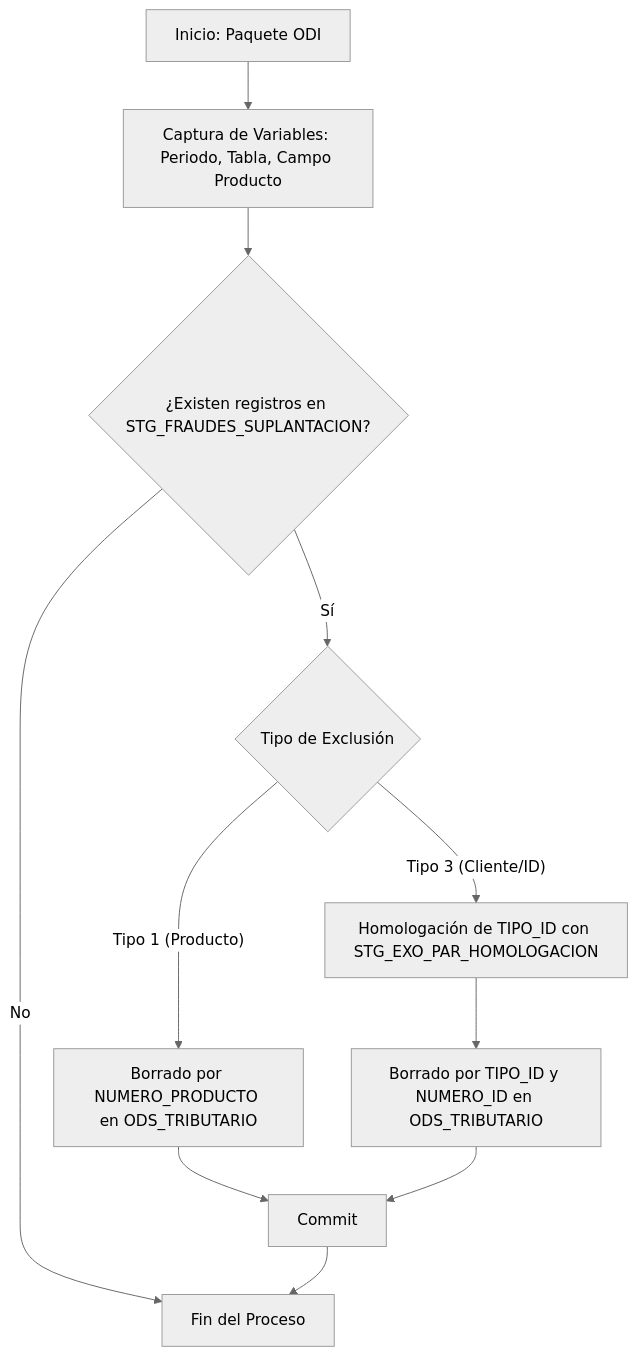
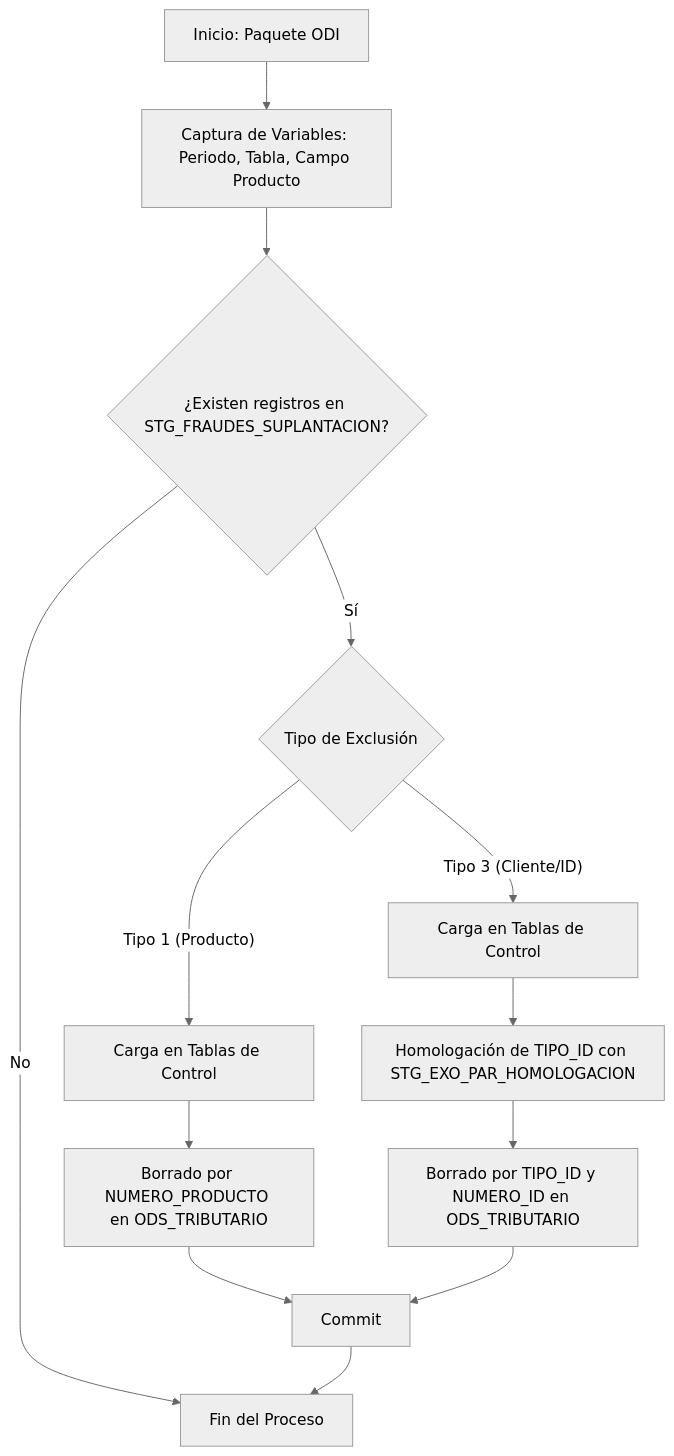
One commit to fernandonino-cyber/Fraudes_y_Suplantacion changed the diagram in Informe_Tecnico_Elimina_Fraudes_Suplantacion.md. Above: the diagram before and after it, drawn with Mermaid (neutral theme). The commit also changed other lines of this file, not shown here.

First line of the commit message:
docs: include Control de Eliminados section in technical report

````diff
--- a/Informe_Tecnico_Elimina_Fraudes_Suplantacion.md
+++ b/Informe_Tecnico_Elimina_Fraudes_Suplantacion.md
@@ -16,15 +17,18 @@
 ```mermaid
 graph TD
     A[Inicio: Paquete ODI] --> B[Captura de Variables: Periodo, Tabla, Campo Producto]
     B --> C{¿Existen registros en STG_FRAUDES_SUPLANTACION?}
     C -- No --> End[Fin del Proceso]
     C -- Sí --> D{Tipo de Exclusión}
 
-    D -- "Tipo 1 (Producto)" --> E[Borrado por NUMERO_PRODUCTO en ODS_TRIBUTARIO]
-    D -- "Tipo 3 (Cliente/ID)" --> F[Homologación de TIPO_ID con STG_EXO_PAR_HOMOLOGACION]
-    F --> G[Borrado por TIPO_ID y NUMERO_ID en ODS_TRIBUTARIO]
+    D -- "Tipo 1 (Producto)" --> E1[Carga en Tablas de Control]
+    D -- "Tipo 3 (Cliente/ID)" --> E2[Carga en Tablas de Control]
 
-    E --> H[Commit]
+    E1 --> F1[Borrado por NUMERO_PRODUCTO en ODS_TRIBUTARIO]
+    E2 --> F2[Homologación de TIPO_ID con STG_EXO_PAR_HOMOLOGACION]
+    F2 --> G[Borrado por TIPO_ID y NUMERO_ID en ODS_TRIBUTARIO]
+
+    F1 --> H[Commit]
     G --> H
     H --> End
 ```
````
